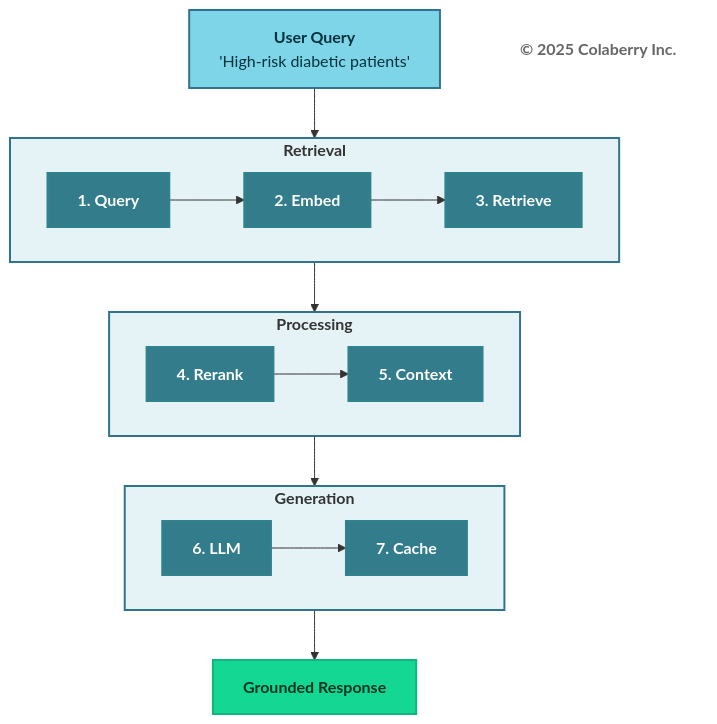
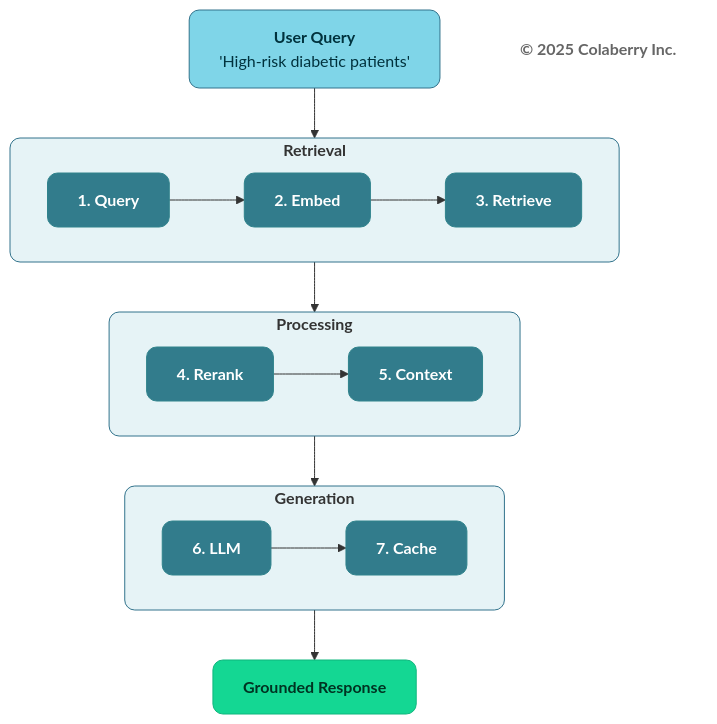
One commit to colaberry/trust-before-intelligence-book changed the seventh of 13 diagrams in manuscript/06_chapter_5_intelligence_layers.md. Above: the diagram before and after it, drawn with Mermaid. The commit also changed other lines of this file and 12 other files, not shown here.

````diff
--- a/manuscript/06_chapter_5_intelligence_layers.md
+++ b/manuscript/06_chapter_5_intelligence_layers.md
@@ -591,45 +591,45 @@
 ```mermaid
 graph TB
     Q["<b>User Query</b><br/>'High-risk diabetic patients'"]
     
     subgraph ROW1["<b>Retrieval</b>"]
         direction LR
         S1["<b>1. Query</b>"] --> S2["<b>2. Embed</b>"] --> S3["<b>3. Retrieve</b>"]
     end
     
     subgraph ROW2["<b>Processing</b>"]
         direction LR
         S4["<b>4. Rerank</b>"] --> S5["<b>5. Context</b>"]
     end
     
     subgraph ROW3["<b>Generation</b>"]
         direction LR
         S6["<b>6. LLM</b>"] --> S7["<b>7. Cache</b>"]
     end
     
     RESULT["<b>Grounded Response</b>"]
     
     Q --> ROW1
     ROW1 --> ROW2
     ROW2 --> ROW3
     ROW3 --> RESULT
     
     Copyright["<b>© 2025 Colaberry Inc.</b>"]
     
-    style Q fill:#7FD5E8,stroke:#32738C,stroke-width:2px,color:#00323D
+    style Q fill:#7FD5E8,stroke:#32738C,stroke-width:1px,color:#00323D,rx:10,ry:10
     
-    style ROW1 fill:#E6F3F6,stroke:#32738C,stroke-width:2px
-    style ROW2 fill:#E6F3F6,stroke:#32738C,stroke-width:2px
-    style ROW3 fill:#E6F3F6,stroke:#32738C,stroke-width:2px
+    style ROW1 fill:#E6F3F6,stroke:#32738C,stroke-width:1px,rx:10,ry:10
+    style ROW2 fill:#E6F3F6,stroke:#32738C,stroke-width:1px,rx:10,ry:10
+    style ROW3 fill:#E6F3F6,stroke:#32738C,stroke-width:1px,rx:10,ry:10
     
-    style S1 fill:#327C8C,stroke:#30838C,stroke-width:2px,color:#ffffff
-    style S2 fill:#327C8C,stroke:#30838C,stroke-width:2px,color:#ffffff
-    style S3 fill:#327C8C,stroke:#30838C,stroke-width:2px,color:#ffffff
-    style S4 fill:#327C8C,stroke:#30838C,stroke-width:2px,color:#ffffff
-    style S5 fill:#327C8C,stroke:#30838C,stroke-width:2px,color:#ffffff
-    style S6 fill:#327C8C,stroke:#30838C,stroke-width:2px,color:#ffffff
-    style S7 fill:#327C8C,stroke:#30838C,stroke-width:2px,color:#ffffff
+    style S1 fill:#327C8C,stroke:#30838C,stroke-width:1px,color:#ffffff,rx:10,ry:10
+    style S2 fill:#327C8C,stroke:#30838C,stroke-width:1px,color:#ffffff,rx:10,ry:10
+    style S3 fill:#327C8C,stroke:#30838C,stroke-width:1px,color:#ffffff,rx:10,ry:10
+    style S4 fill:#327C8C,stroke:#30838C,stroke-width:1px,color:#ffffff,rx:10,ry:10
+    style S5 fill:#327C8C,stroke:#30838C,stroke-width:1px,color:#ffffff,rx:10,ry:10
+    style S6 fill:#327C8C,stroke:#30838C,stroke-width:1px,color:#ffffff,rx:10,ry:10
+    style S7 fill:#327C8C,stroke:#30838C,stroke-width:1px,color:#ffffff,rx:10,ry:10
     
-    style RESULT fill:#14D793,color:#003322,stroke:#0FB67D,stroke-width:2px
-    style Copyright fill:#ffffff,stroke:none,color:#666666
+    style RESULT fill:#14D793,color:#003322,stroke:#0FB67D,stroke-width:1px,rx:10,ry:10
+    style Copyright fill:none,stroke:none,color:#666666
 ```
````
